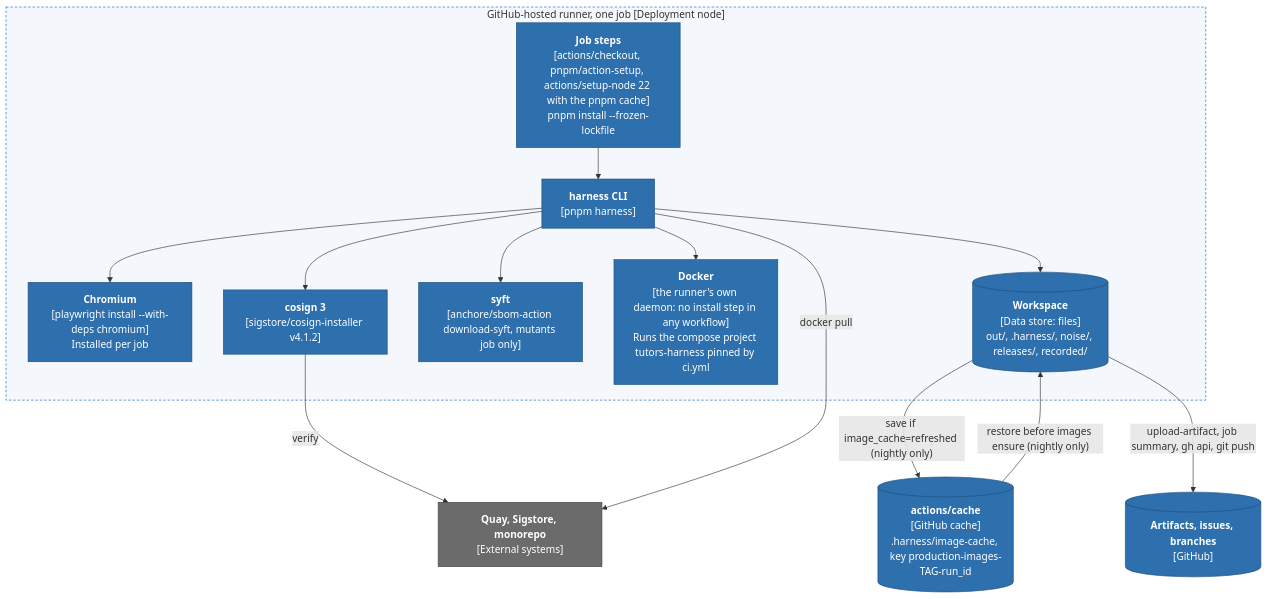
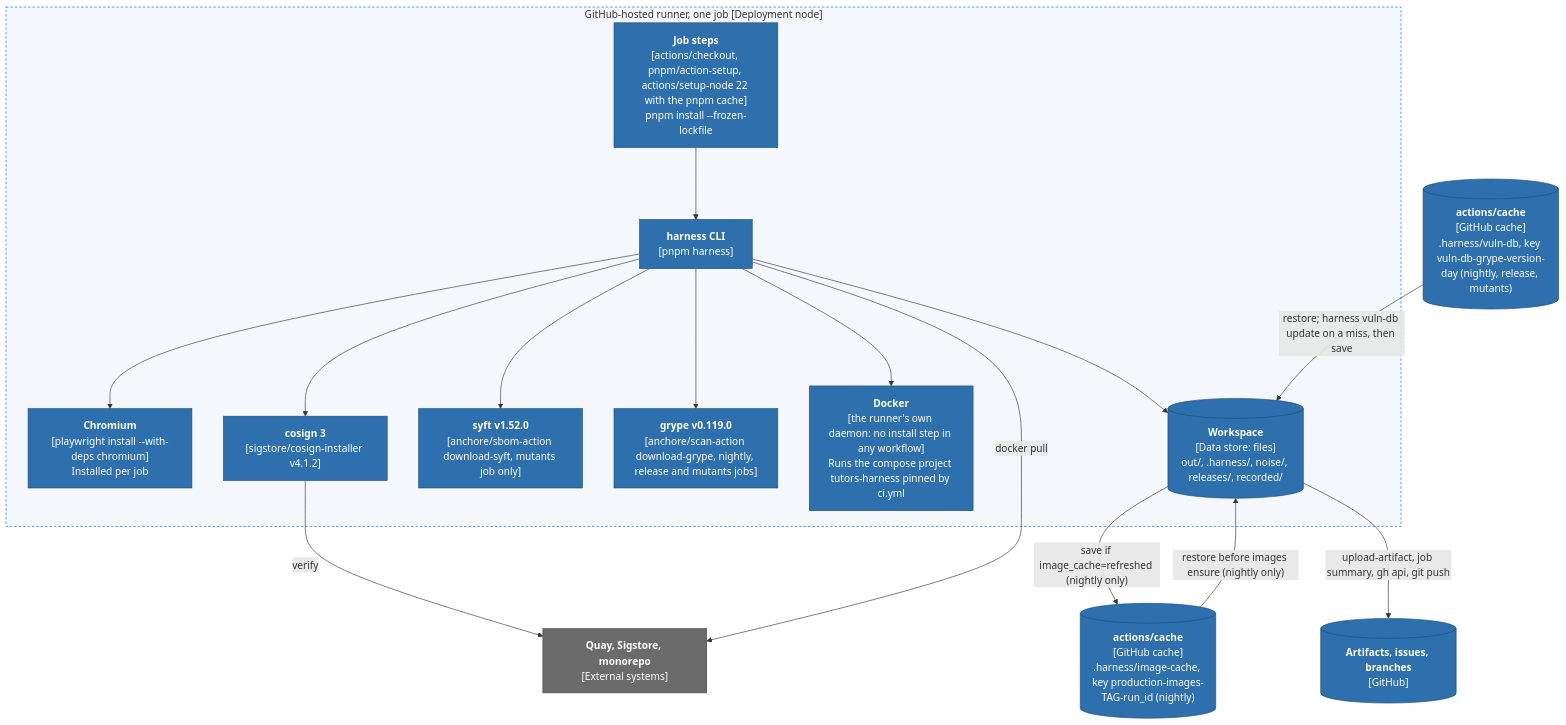
Before and after one commit to tutors-sdk/tutors-release-harness: the second of 3 diagrams in docs/architecture/05-deployment.md, drawn with Mermaid. The commit also changed other lines of this file and 6 other files, not shown here.

First line of the commit message:
Architecture docs: bring the C4 set up to harness 1.4.1 and the merged monorepo work

````diff
--- a/docs/architecture/05-deployment.md
+++ b/docs/architecture/05-deployment.md
@@ -109,32 +116,36 @@
 ```mermaid
 flowchart TB
   subgraph runner["GitHub-hosted runner, one job [Deployment node]"]
     steps["<b>Job steps</b><br/>[actions/checkout, pnpm/action-setup, actions/setup-node 22 with the pnpm cache]<br/>pnpm install --frozen-lockfile"]:::container
     chrome["<b>Chromium</b><br/>[playwright install --with-deps chromium]<br/>Installed per job"]:::container
     cosign["<b>cosign 3</b><br/>[sigstore/cosign-installer v4.1.2]"]:::container
-    syft["<b>syft</b><br/>[anchore/sbom-action download-syft, mutants job only]"]:::container
+    syft["<b>syft v1.52.0</b><br/>[anchore/sbom-action download-syft, mutants job only]"]:::container
+    grype["<b>grype v0.119.0</b><br/>[anchore/scan-action download-grype, nightly, release and mutants jobs]"]:::container
     dockerr["<b>Docker</b><br/>[the runner's own daemon: no install step in any workflow]<br/>Runs the compose project tutors-harness pinned by ci.yml"]:::container
     cli["<b>harness CLI</b><br/>[pnpm harness]"]:::container
     workdir[("<b>Workspace</b><br/>[Data store: files]<br/>out/, .harness/, noise/, releases/, recorded/")]:::store
   end
-  cache[("<b>actions/cache</b><br/>[GitHub cache]<br/>.harness/image-cache, key production-images-TAG-run_id")]:::store
+  cache[("<b>actions/cache</b><br/>[GitHub cache]<br/>.harness/image-cache, key production-images-TAG-run_id (nightly)")]:::store
+  vcache[("<b>actions/cache</b><br/>[GitHub cache]<br/>.harness/vuln-db, key vuln-db-grype-version-day (nightly, release, mutants)")]:::store
   art[("<b>Artifacts, issues, branches</b><br/>[GitHub]")]:::store
   ext["<b>Quay, Sigstore, monorepo</b><br/>[External systems]"]:::ext
 
   steps --> cli
   cli --> chrome
   cli --> cosign
   cli --> syft
+  cli --> grype
   cli --> dockerr
   cli --> workdir
   cache -->|"restore before images ensure (nightly only)"| workdir
   workdir -->|"save if image_cache=refreshed (nightly only)"| cache
+  vcache -->|"restore; harness vuln-db update on a miss, then save"| workdir
   workdir -->|"upload-artifact, job summary, gh api, git push"| art
   cosign -->|"verify"| ext
   cli -->|"docker pull"| ext
 
   classDef container fill:#2e6fae,stroke:#1f4d7a,color:#ffffff
   classDef store fill:#2e6fae,stroke:#1f4d7a,color:#ffffff
   classDef ext fill:#6b6b6b,stroke:#444444,color:#ffffff
   style runner fill:#f4f8fc,stroke:#1168bd,stroke-dasharray:4 3
 ```
````
